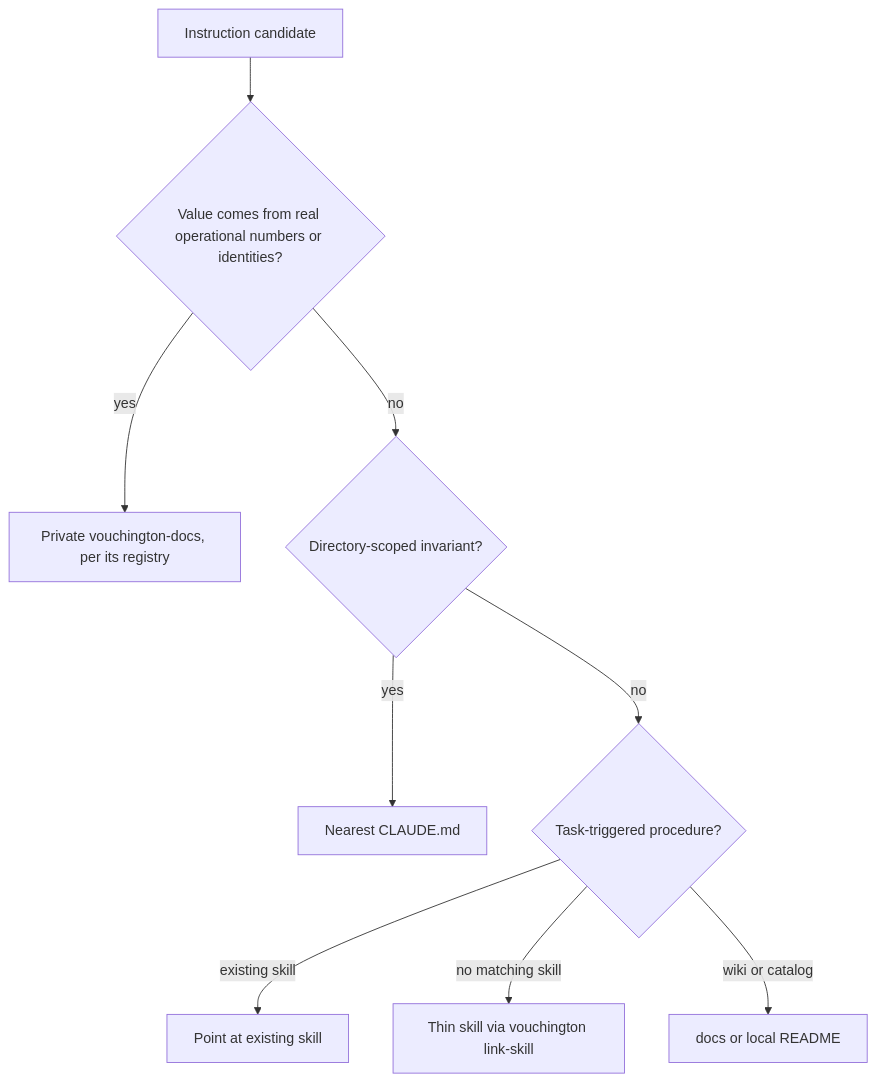
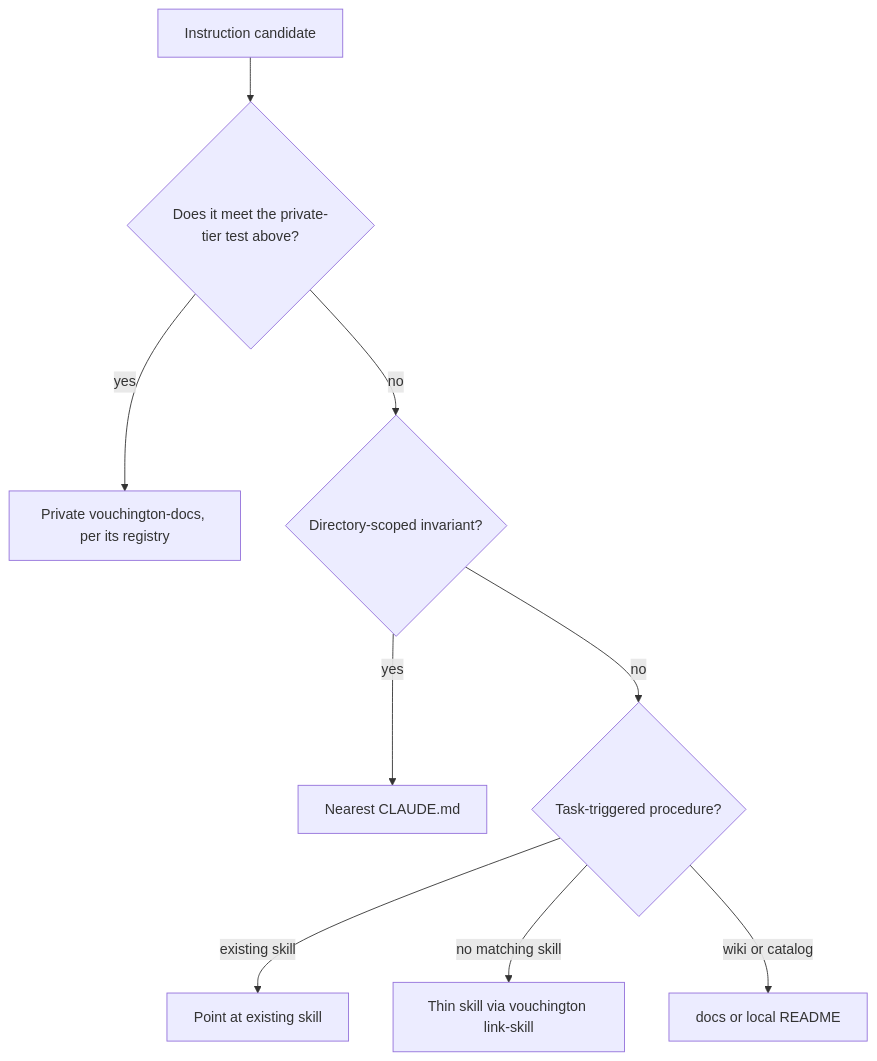
The diagram in docs/CLAUDE.md (vouchington/vouchington), drawn with Mermaid before and after one commit.

Commit message:
docs: apply the full private-tier test in placement flow

````diff
--- a/docs/CLAUDE.md
+++ b/docs/CLAUDE.md
@@ -44,12 +44,12 @@
 ```mermaid
 flowchart TD
   item[Instruction candidate]
-  item --> q0{Value comes from real operational numbers or identities?}
+  item --> q0{Does it meet the private-tier test above?}
   q0 -->|yes| privateDocs[Private vouchington-docs, per its registry]
   q0 -->|no| q1{Directory-scoped invariant?}
   q1 -->|yes| claudeMd[Nearest CLAUDE.md]
   q1 -->|no| q2{Task-triggered procedure?}
   q2 -->|existing skill| existingSkill[Point at existing skill]
   q2 -->|no matching skill| newSkill[Thin skill via vouchington link-skill]
   q2 -->|wiki or catalog| docsHome[docs or local README]
 ```
````
